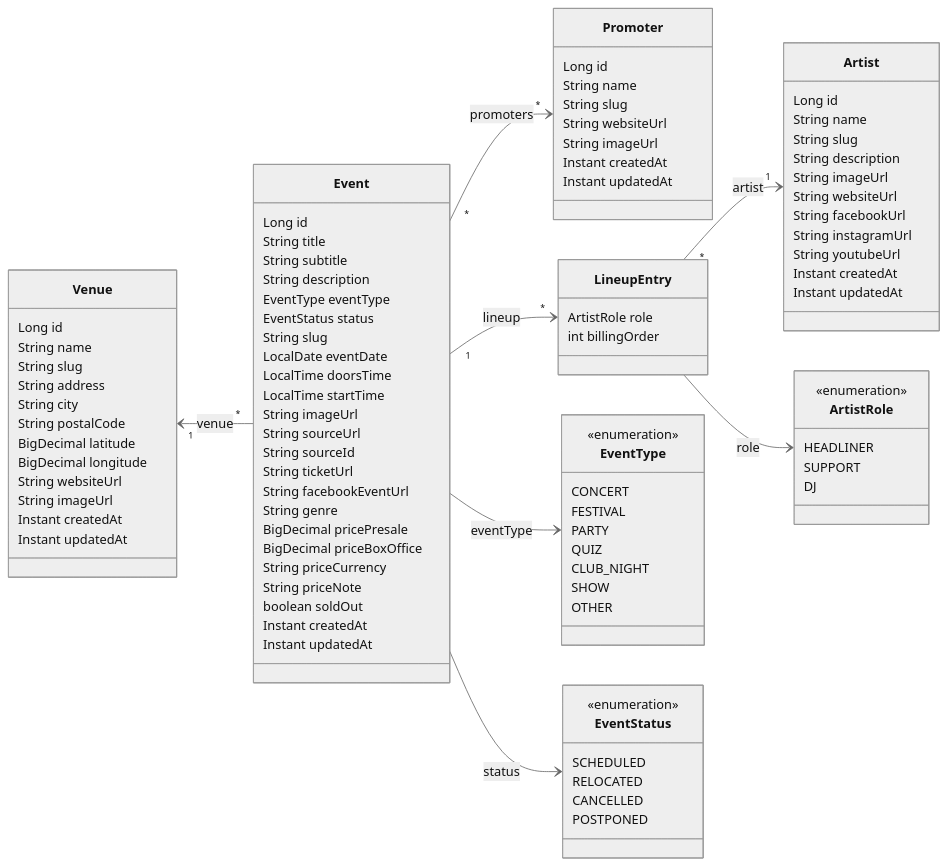
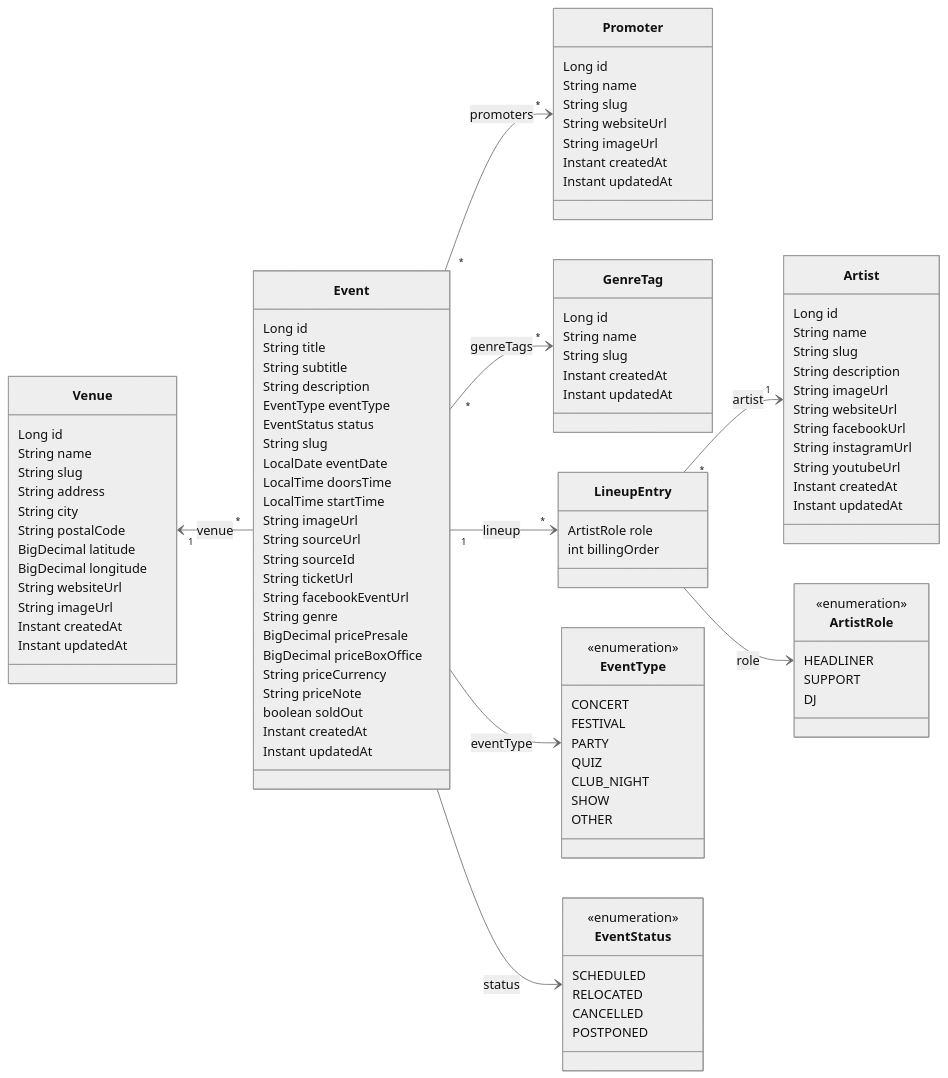
Before and after one commit to enorm-labs/event-checker: the diagram in docs/DATA_MODEL.md, drawn with Mermaid (neutral theme). The commit also changed other lines of this file and 56 other files, not shown here.

```diff
--- a/docs/DATA_MODEL.md
+++ b/docs/DATA_MODEL.md
@@ -78,6 +78,14 @@
         Instant updatedAt
     }
 
+    class GenreTag {
+        Long id
+        String name
+        String slug
+        Instant createdAt
+        Instant updatedAt
+    }
+
     class LineupEntry {
         ArtistRole role
         int billingOrder
@@ -113,6 +121,7 @@
     Event "1" --> "*" LineupEntry: lineup
     LineupEntry "*" --> "1" Artist: artist
     Event "*" --> "*" Promoter: promoters
+    Event "*" --> "*" GenreTag: genreTags
     Event --> EventType: eventType
     Event --> EventStatus: status
     LineupEntry --> ArtistRole: role
```
